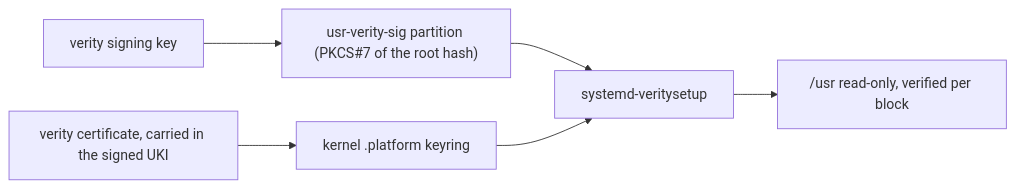
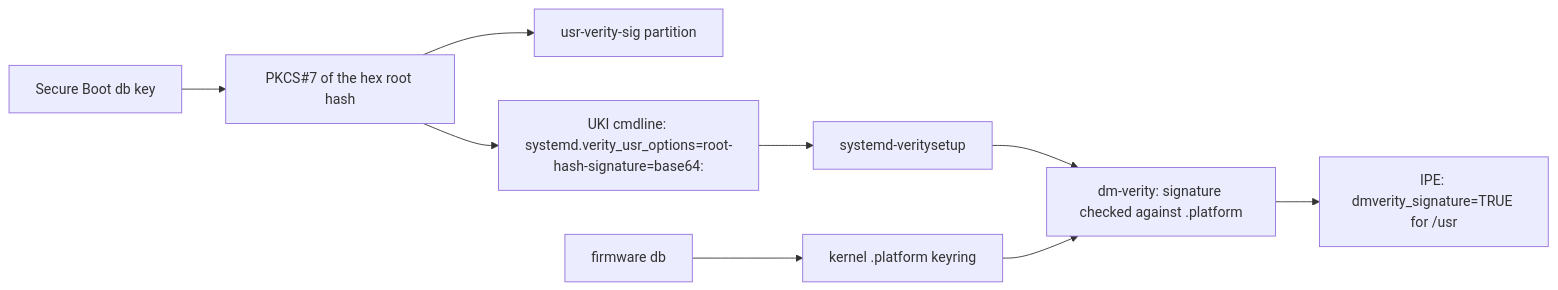
The second of 3 diagrams in docs/design/trust.md (slophaer/golconda), drawn with Mermaid before and after one commit. The commit also changed other lines of this file and 7 other files, not shown here.

````diff
--- a/docs/design/trust.md
+++ b/docs/design/trust.md
@@ -31,8 +32,11 @@
 ```mermaid
 flowchart LR
-  vk["verity signing key"] --> vsig["usr-verity-sig partition (PKCS#7 of the root hash)"]
-  cert["verity certificate, carried in the signed UKI"] --> keyring["kernel .platform keyring"]
-  vsig --> veritysetup[systemd-veritysetup]
-  keyring --> veritysetup
-  veritysetup --> usr["/usr read-only, verified per block"]
+  db["Secure Boot db key"] --> vsig["PKCS#7 of the hex root hash"]
+  vsig --> part["usr-verity-sig partition"]
+  vsig --> cmdline["UKI cmdline: systemd.verity_usr_options=root-hash-signature=base64:"]
+  fw["firmware db"] --> keyring["kernel .platform keyring"]
+  cmdline --> veritysetup[systemd-veritysetup]
+  veritysetup --> dm["dm-verity: signature checked against .platform"]
+  keyring --> dm
+  dm --> ipe["IPE: dmverity_signature=TRUE for /usr"]
 ```
````
